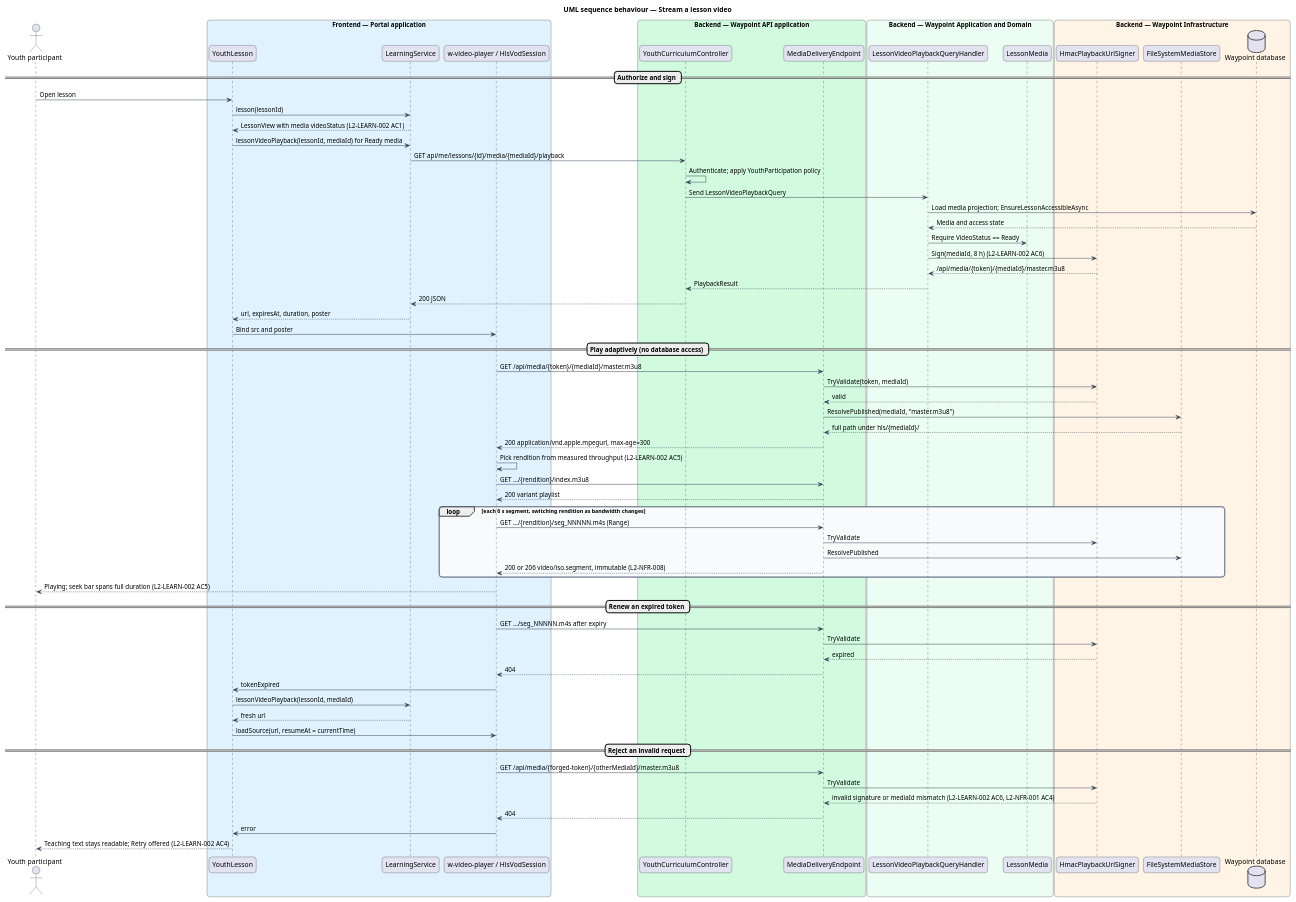
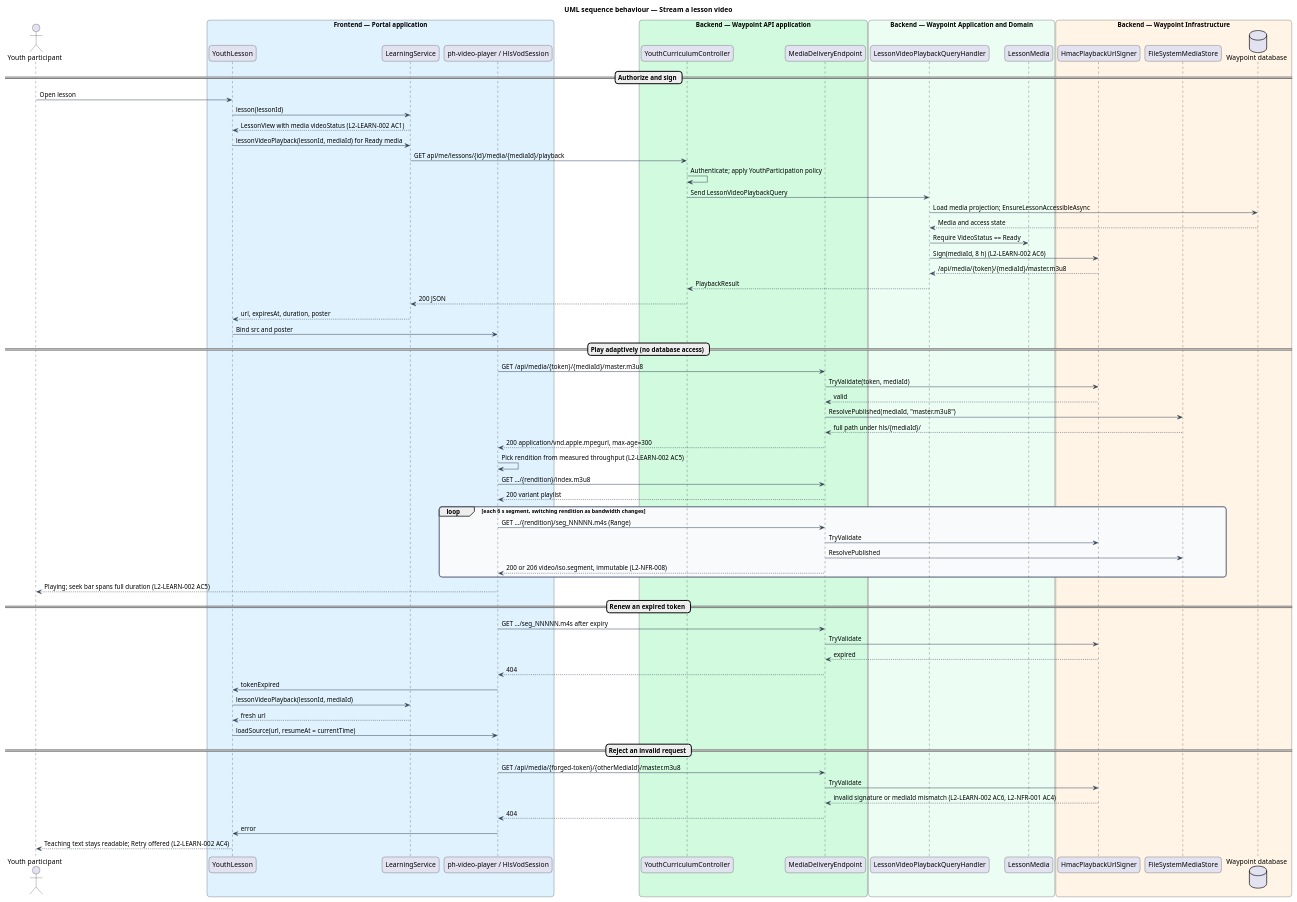
One commit to QuinntyneBrown/waypoint changed the diagram in docs/detailed-designs/learning-experience/stream-lesson-video/diagrams/sequence-behaviour.puml. Above: the diagram before and after it, drawn with PlantUML. The commit also changed 549 other files, not shown here.

```diff
--- a/docs/detailed-designs/learning-experience/stream-lesson-video/diagrams/sequence-behaviour.puml
+++ b/docs/detailed-designs/learning-experience/stream-lesson-video/diagrams/sequence-behaviour.puml
@@ -1,91 +1,91 @@
 @startuml
 
 title UML sequence behaviour — Stream a lesson video
 skinparam backgroundColor #FFFFFF
 skinparam shadowing false
 skinparam roundcorner 12
 skinparam defaultFontName Arial
 skinparam ArrowColor #344054
 skinparam rectangle {
   BorderColor #344054
   FontColor #101828
 }
 skinparam package {
   BorderColor #667085
   FontColor #101828
   BackgroundColor #F9FAFB
 }
 actor "Youth participant" as actor
 box "Frontend — Portal application" #E0F2FE
   participant "YouthLesson" as page
   participant "LearningService" as client
-  participant "w-video-player / HlsVodSession" as player
+  participant "ph-video-player / HlsVodSession" as player
 end box
 box "Backend — Waypoint API application" #D1FADF
   participant "YouthCurriculumController" as controller
   participant "MediaDeliveryEndpoint" as delivery
 end box
 box "Backend — Waypoint Application and Domain" #ECFDF3
   participant "LessonVideoPlaybackQueryHandler" as handler
   participant "LessonMedia" as entity
 end box
 box "Backend — Waypoint Infrastructure" #FFF4E5
   participant "HmacPlaybackUrlSigner" as signer
   participant "FileSystemMediaStore" as store
   database "Waypoint database" as db
 end box
 
 == Authorize and sign ==
 actor -> page : Open lesson
 page -> client : lesson(lessonId)
 client --> page : LessonView with media videoStatus (L2-LEARN-002 AC1)
 page -> client : lessonVideoPlayback(lessonId, mediaId) for Ready media
 client -> controller : GET api/me/lessons/{id}/media/{mediaId}/playback
 controller -> controller : Authenticate; apply YouthParticipation policy
 controller -> handler : Send LessonVideoPlaybackQuery
 handler -> db : Load media projection; EnsureLessonAccessibleAsync
 db --> handler : Media and access state
 handler -> entity : Require VideoStatus == Ready
 handler -> signer : Sign(mediaId, 8 h) (L2-LEARN-002 AC6)
 signer --> handler : /api/media/{token}/{mediaId}/master.m3u8
 handler --> controller : PlaybackResult
 controller --> client : 200 JSON
 client --> page : url, expiresAt, duration, poster
 page -> player : Bind src and poster
 
 == Play adaptively (no database access) ==
 player -> delivery : GET /api/media/{token}/{mediaId}/master.m3u8
 delivery -> signer : TryValidate(token, mediaId)
 signer --> delivery : valid
 delivery -> store : ResolvePublished(mediaId, "master.m3u8")
 store --> delivery : full path under hls/{mediaId}/
 delivery --> player : 200 application/vnd.apple.mpegurl, max-age=300
 player -> player : Pick rendition from measured throughput (L2-LEARN-002 AC5)
 player -> delivery : GET …/{rendition}/index.m3u8
 delivery --> player : 200 variant playlist
 loop each 6 s segment, switching rendition as bandwidth changes
   player -> delivery : GET …/{rendition}/seg_NNNNN.m4s (Range)
   delivery -> signer : TryValidate
   delivery -> store : ResolvePublished
   delivery --> player : 200 or 206 video/iso.segment, immutable (L2-NFR-008)
 end
 player --> actor : Playing; seek bar spans full duration (L2-LEARN-002 AC5)
 
 == Renew an expired token ==
 player -> delivery : GET …/seg_NNNNN.m4s after expiry
 delivery -> signer : TryValidate
 signer --> delivery : expired
 delivery --> player : 404
 player -> page : tokenExpired
 page -> client : lessonVideoPlayback(lessonId, mediaId)
 client --> page : fresh url
 page -> player : loadSource(url, resumeAt = currentTime)
 
 == Reject an invalid request ==
 player -> delivery : GET /api/media/{forged-token}/{otherMediaId}/master.m3u8
 delivery -> signer : TryValidate
 signer --> delivery : invalid signature or mediaId mismatch (L2-LEARN-002 AC6, L2-NFR-001 AC4)
 delivery --> player : 404
 player -> page : error
 page --> actor : Teaching text stays readable; Retry offered (L2-LEARN-002 AC4)
 @enduml
```
